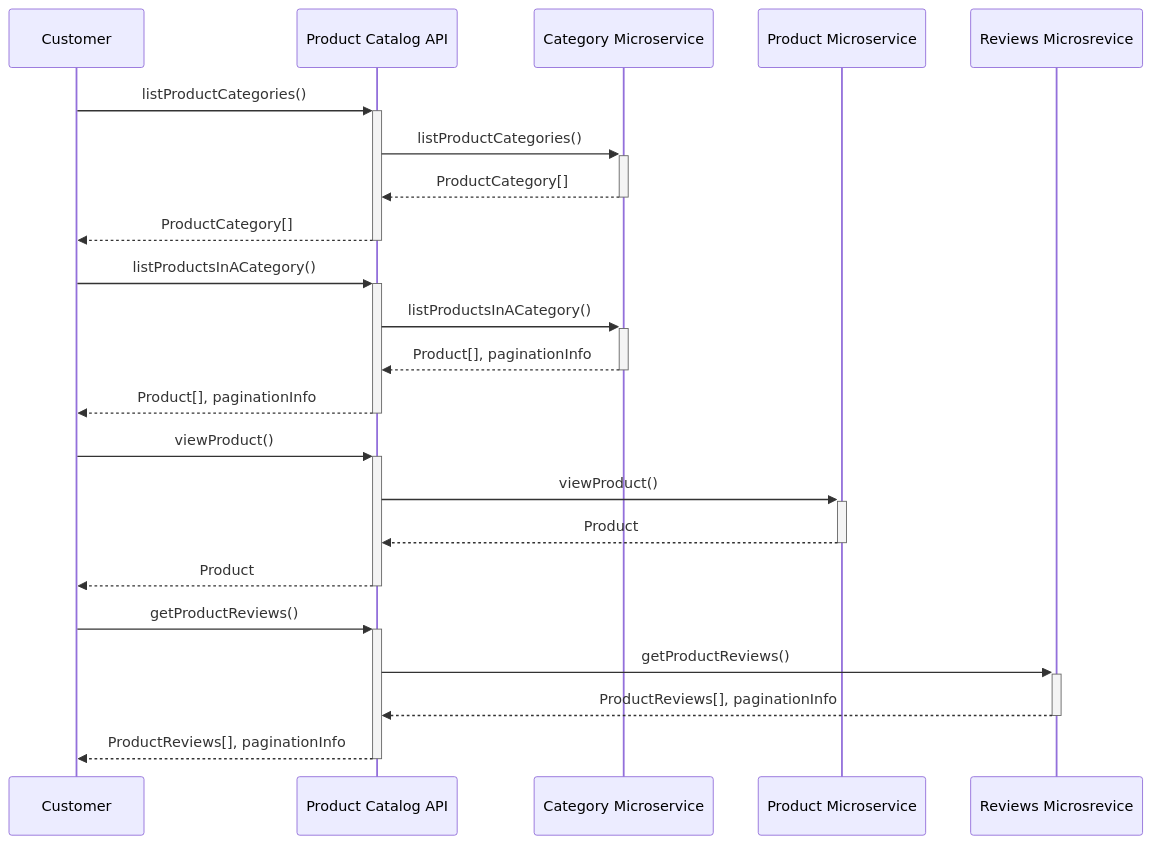
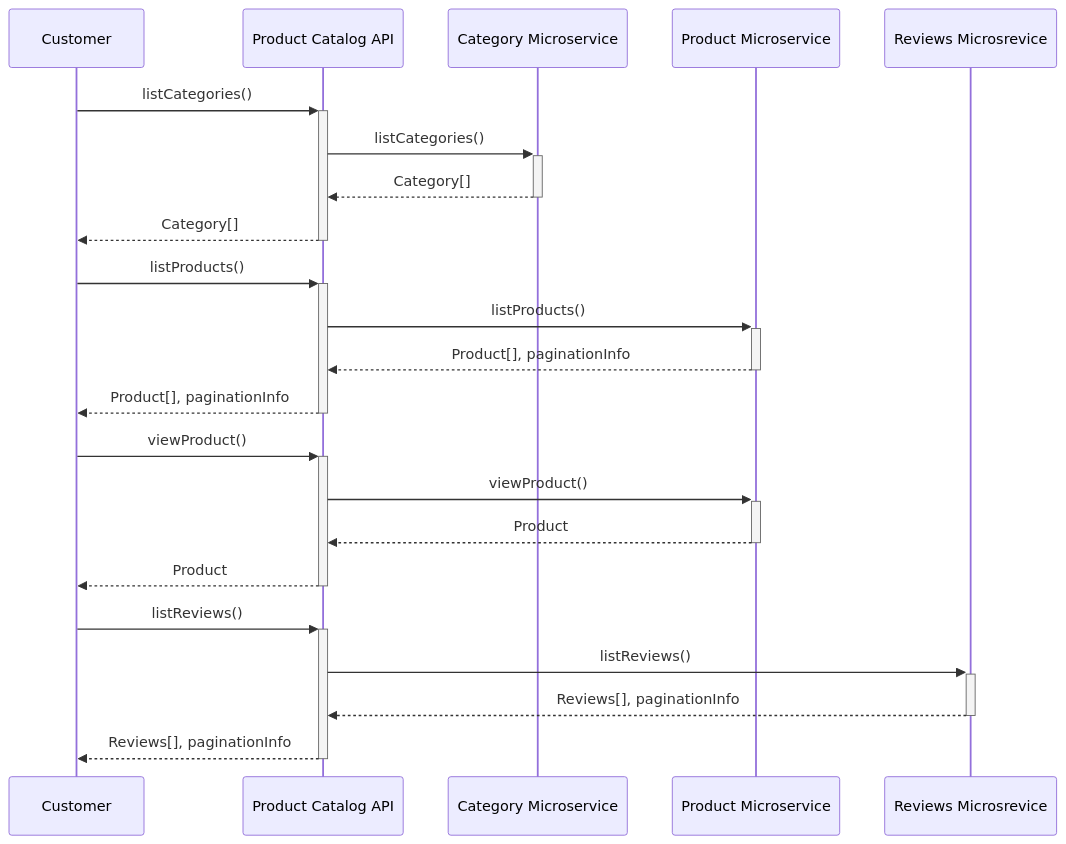
The fifth of 5 diagrams in discovery.md (ikenna/AcmePetSupplies), drawn with Mermaid before and after one commit. The commit also changed other lines of this file, not shown here.

Commit message:
Updating model

````diff
--- a/discovery.md
+++ b/discovery.md
@@ -100,20 +100,20 @@
 ```mermaid 
 sequenceDiagram
-    Customer ->>+ Product Catalog API: listProductCategories()
-    Product Catalog API ->>+ Category Microservice: listProductCategories()
-    Category Microservice -->>- Product Catalog API :  ProductCategory[]
-    Product Catalog API -->>- Customer:  ProductCategory[]
-    Customer ->>+ Product Catalog API: listProductsInACategory()
-    Product Catalog API ->>+ Category Microservice: listProductsInACategory()
-    Category Microservice -->>- Product Catalog API :  Product[], paginationInfo
+    Customer ->>+ Product Catalog API: listCategories()
+    Product Catalog API ->>+ Category Microservice: listCategories()
+    Category Microservice -->>- Product Catalog API :  Category[]
+    Product Catalog API -->>- Customer:  Category[]
+    Customer ->>+ Product Catalog API: listProducts()
+    Product Catalog API ->>+ Product Microservice: listProducts()
+    Product Microservice -->>- Product Catalog API :  Product[], paginationInfo
     Product Catalog API -->>- Customer:  Product[], paginationInfo
     Customer ->>+ Product Catalog API: viewProduct()
     Product Catalog API ->>+ Product Microservice: viewProduct()
     Product Microservice -->>- Product Catalog API:  Product
     Product Catalog API -->>- Customer:  Product
-    Customer ->>+ Product Catalog API: getProductReviews()
-    Product Catalog API ->>+ Reviews Microsrevice: getProductReviews()
-    Reviews Microsrevice -->>- Product Catalog API: ProductReviews[], paginationInfo
-    Product Catalog API -->>- Customer:  ProductReviews[], paginationInfo
+    Customer ->>+ Product Catalog API: listReviews()
+    Product Catalog API ->>+ Reviews Microsrevice: listReviews()
+    Reviews Microsrevice -->>- Product Catalog API: Reviews[], paginationInfo
+    Product Catalog API -->>- Customer:  Reviews[], paginationInfo
    
 ```            
````
